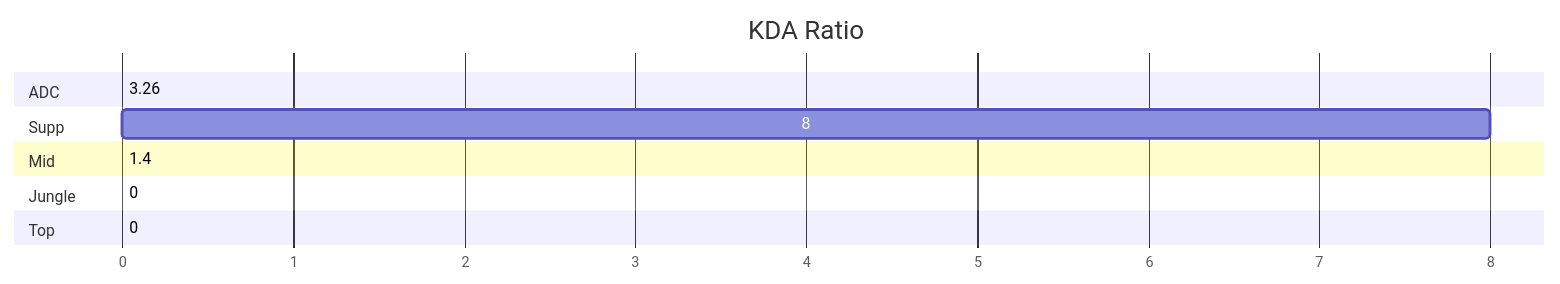
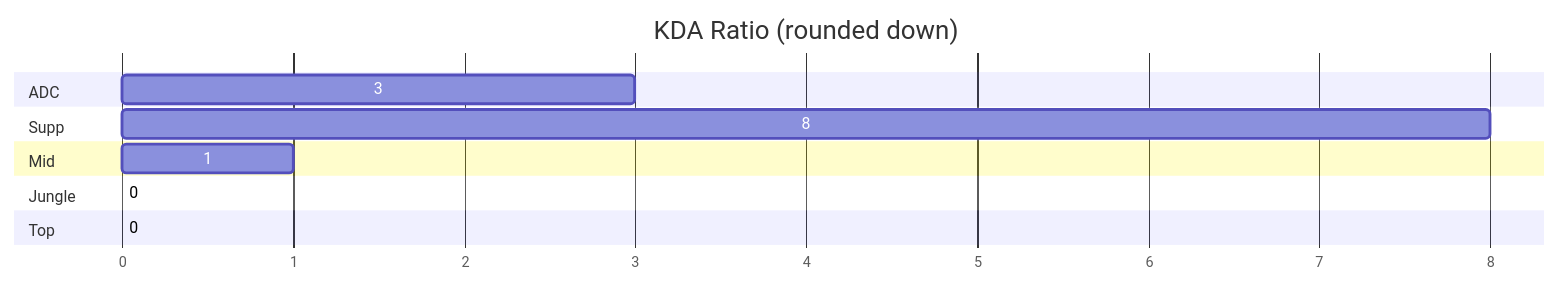
One commit to flowinho/zensical-website changed the third of 5 diagrams in docs/gaming/wild-rift.md. Above: the diagram before and after it, drawn with Mermaid.

````diff
--- a/docs/gaming/wild-rift.md
+++ b/docs/gaming/wild-rift.md
@@ -80,16 +80,16 @@
 ```mermaid
 gantt
-    title KDA Ratio
+    title KDA Ratio (rounded down)
     dateFormat X
     axisFormat %s
     section ADC
-    3.26   : 0, 3.26
+    3   : 0, 3
     section Supp
     8   : 0, 8
     section Mid
-    1.4   : 0, 1.4
+    1   : 0, 1
     section Jungle
     0    : 0, 0
     section Top
     0    : 0, 0
 ```
````
